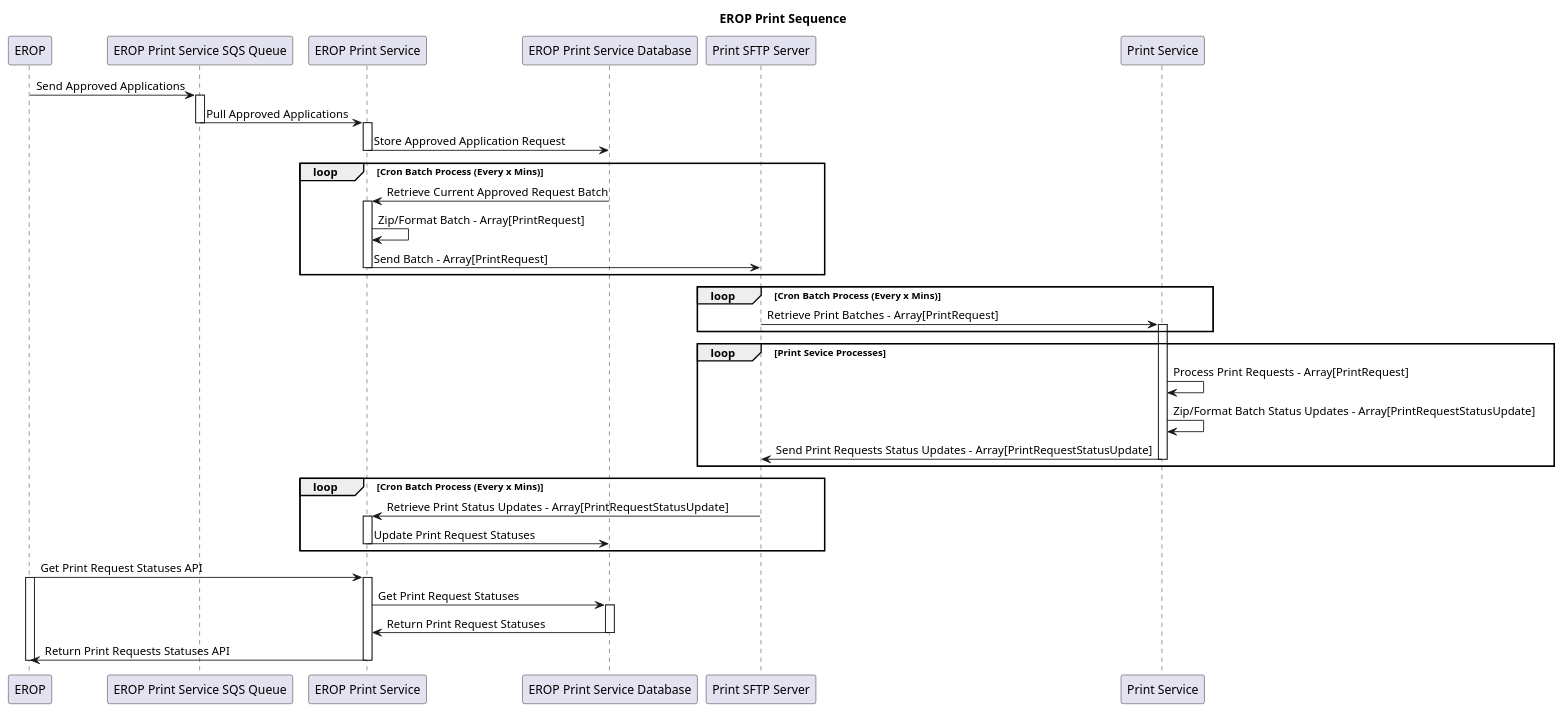
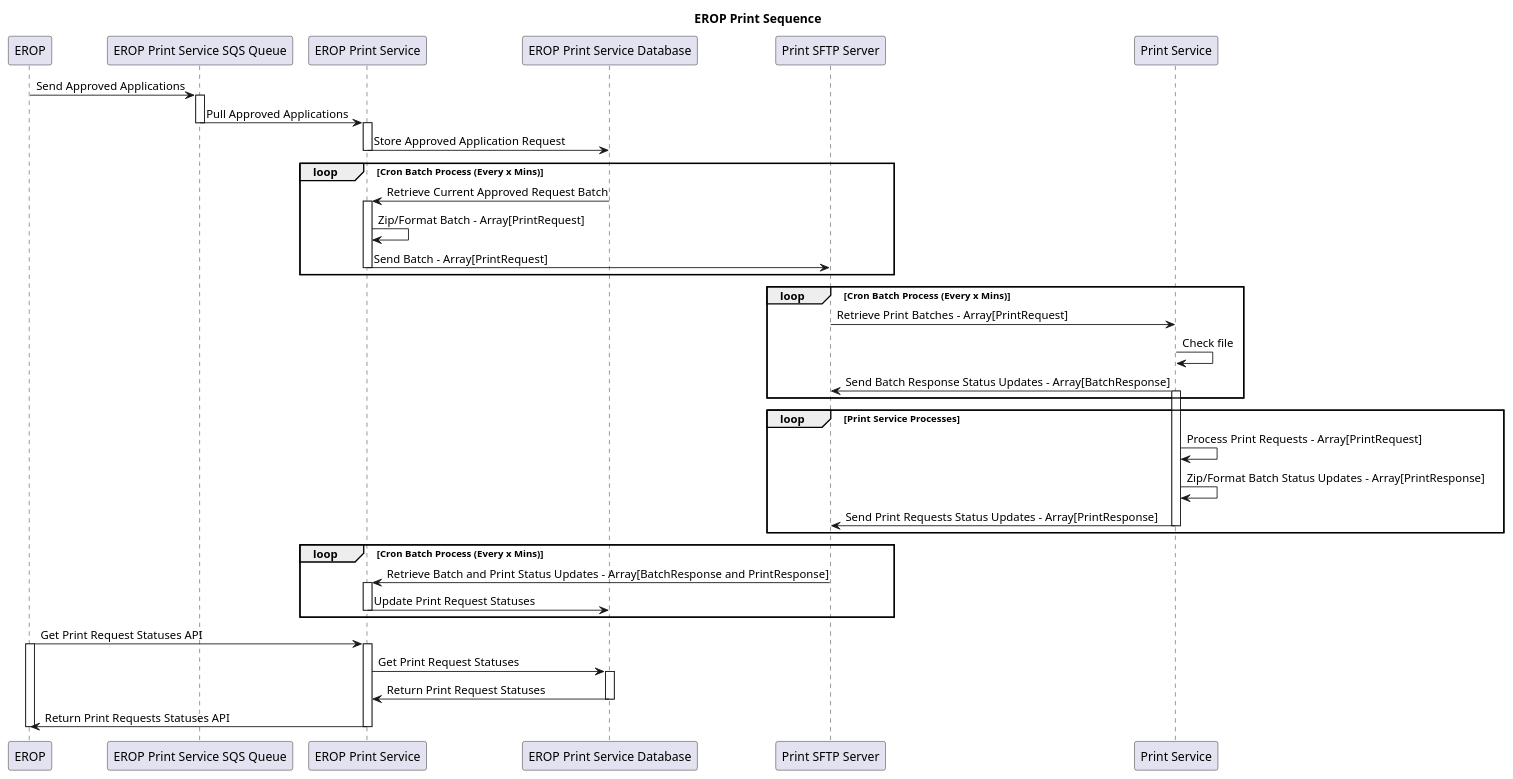
The diagram in architecture/diagrams/print-sequence.plantuml (communitiesuk/eip-ero-print-api), drawn with PlantUML before and after one commit. The commit also changed 2 other files, not shown here.

Commit message:
Added certificate format, card version is back and middle name not optional

```diff
--- a/architecture/diagrams/print-sequence.plantuml
+++ b/architecture/diagrams/print-sequence.plantuml
@@ -1,60 +1,62 @@
 @startuml
 
 title EROP Print Sequence
 
 participant EROP
 participant "EROP Print Service SQS Queue"
 participant "EROP Print Service"
 participant "EROP Print Service Database"
 participant "Print SFTP Server"
 participant "Print Service"
 
 
 EROP->"EROP Print Service SQS Queue": Send Approved Applications
 activate "EROP Print Service SQS Queue"
 "EROP Print Service SQS Queue"->"EROP Print Service": Pull Approved Applications
 deactivate "EROP Print Service SQS Queue"
 activate "EROP Print Service"
 "EROP Print Service"->"EROP Print Service Database": Store Approved Application Request
 deactivate "EROP Print Service"
 
 loop Cron Batch Process (Every x Mins)
     "EROP Print Service"<-"EROP Print Service Database": Retrieve Current Approved Request Batch
     activate "EROP Print Service"
     "EROP Print Service"->"EROP Print Service": Zip/Format Batch - Array[PrintRequest]
     "EROP Print Service"->"Print SFTP Server": Send Batch - Array[PrintRequest]
     deactivate "EROP Print Service"
 end loop
 
 loop Cron Batch Process (Every x Mins)
     "Print Service"<-"Print SFTP Server": Retrieve Print Batches - Array[PrintRequest]
+    "Print Service"->"Print Service": Check file
+    "Print Service"->"Print SFTP Server": Send Batch Response Status Updates - Array[BatchResponse] 
     activate "Print Service"
 end loop
 
-loop Print Sevice Processes
+loop Print Service Processes
     "Print Service"->"Print Service": Process Print Requests - Array[PrintRequest]
-    "Print Service"->"Print Service": Zip/Format Batch Status Updates - Array[PrintRequestStatusUpdate]
-    "Print Service"->"Print SFTP Server": Send Print Requests Status Updates - Array[PrintRequestStatusUpdate]
+    "Print Service"->"Print Service": Zip/Format Batch Status Updates - Array[PrintResponse]
+    "Print Service"->"Print SFTP Server": Send Print Requests Status Updates - Array[PrintResponse]
     deactivate "Print Service"
 end loop
 
 loop Cron Batch Process (Every x Mins)
-    "EROP Print Service"<-"Print SFTP Server": Retrieve Print Status Updates - Array[PrintRequestStatusUpdate]
+    "EROP Print Service"<-"Print SFTP Server": Retrieve Batch and Print Status Updates - Array[BatchResponse and PrintResponse]
     activate "EROP Print Service"
     "EROP Print Service"->"EROP Print Service Database": Update Print Request Statuses
     deactivate "EROP Print Service"
 end loop
 
 "EROP"->"EROP Print Service": Get Print Request Statuses API
 activate "EROP"
 activate "EROP Print Service"
 "EROP Print Service"->"EROP Print Service Database": Get Print Request Statuses
 activate "EROP Print Service Database"
 "EROP Print Service"<-"EROP Print Service Database": Return Print Request Statuses
 deactivate "EROP Print Service Database"
 "EROP Print Service"->"EROP": Return Print Requests Statuses API
 deactivate "EROP Print Service"
 deactivate "EROP"
 
 
 @enduml
```
